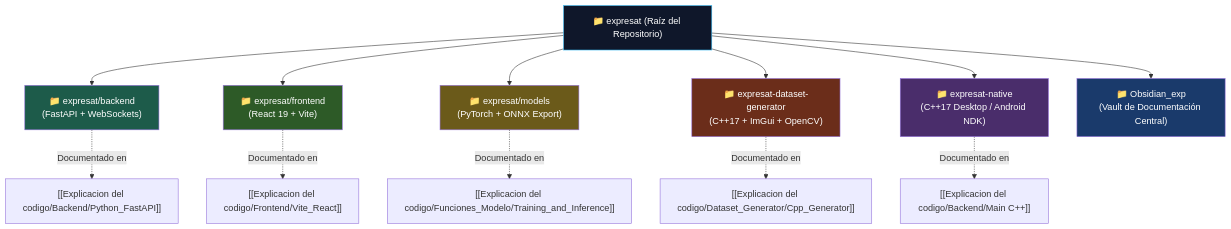
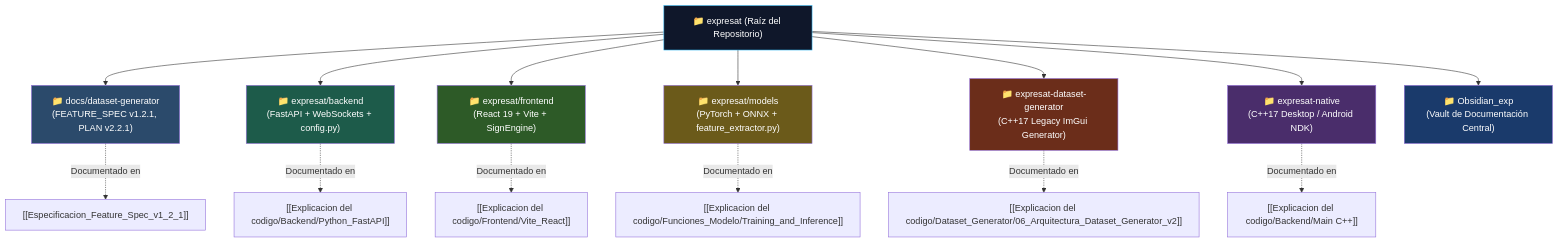
One commit to Salf423/expresat changed the diagram in Obsidian_exp/Estructura del proyecto.md. Above: the diagram before and after it, drawn with Mermaid. The commit also changed other lines of this file and 22 other files, not shown here.

Commit message:
docs(dataset-generator): FEATURE_SPEC v1.2.2, PLAN v2.2.2 y catalogo de senas

````diff
--- a/Obsidian_exp/Estructura del proyecto.md
+++ b/Obsidian_exp/Estructura del proyecto.md
@@ -31,25 +34,28 @@
 ```mermaid
 graph TD
     Root["📁 expresat (Raíz del Repositorio)"]
 
-    Root --> BE["📁 expresat/backend\n(FastAPI + WebSockets)"]
-    Root --> FE["📁 expresat/frontend\n(React 19 + Vite)"]
-    Root --> ML["📁 expresat/models\n(PyTorch + ONNX Export)"]
-    Root --> DGen["📁 expresat-dataset-generator\n(C++17 + ImGui + OpenCV)"]
+    Root --> DocsCore["📁 docs/dataset-generator\n(FEATURE_SPEC v1.2.1, PLAN v2.2.1)"]
+    Root --> BE["📁 expresat/backend\n(FastAPI + WebSockets + config.py)"]
+    Root --> FE["📁 expresat/frontend\n(React 19 + Vite + SignEngine)"]
+    Root --> ML["📁 expresat/models\n(PyTorch + ONNX + feature_extractor.py)"]
+    Root --> DGen["📁 expresat-dataset-generator\n(C++17 Legacy ImGui Generator)"]
     Root --> Nat["📁 expresat-native\n(C++17 Desktop / Android NDK)"]
-    Root --> Docs["📁 Obsidian_exp\n(Vault de Documentación Central)"]
+    Root --> Obs["📁 Obsidian_exp\n(Vault de Documentación Central)"]
 
+    DocsCore -.->|"Documentado en"| Doc_Spec["[[Especificacion_Feature_Spec_v1_2_1]]"]
     BE -.->|"Documentado en"| Doc_BE["[[Explicacion del codigo/Backend/Python_FastAPI]]"]
     FE -.->|"Documentado en"| Doc_FE["[[Explicacion del codigo/Frontend/Vite_React]]"]
     ML -.->|"Documentado en"| Doc_ML["[[Explicacion del codigo/Funciones_Modelo/Training_and_Inference]]"]
-    DGen -.->|"Documentado en"| Doc_DGen["[[Explicacion del codigo/Dataset_Generator/Cpp_Generator]]"]
+    DGen -.->|"Documentado en"| Doc_DGen["[[Explicacion del codigo/Dataset_Generator/06_Arquitectura_Dataset_Generator_v2]]"]
     Nat -.->|"Documentado en"| Doc_Nat["[[Explicacion del codigo/Backend/Main C++]]"]
 
     style Root fill:#0f172a,color:#fff,stroke:#38bdf8
-    style Docs fill:#1a3a6b,color:#fff
+    style Obs fill:#1a3a6b,color:#fff
+    style DocsCore fill:#2b4a6b,color:#fff
     style BE fill:#1d5b4a,color:#fff
     style FE fill:#2d5a27,color:#fff
     style ML fill:#6b5a1a,color:#fff
     style DGen fill:#6b2d1a,color:#fff
     style Nat fill:#4a2d6b,color:#fff
 ```
````
